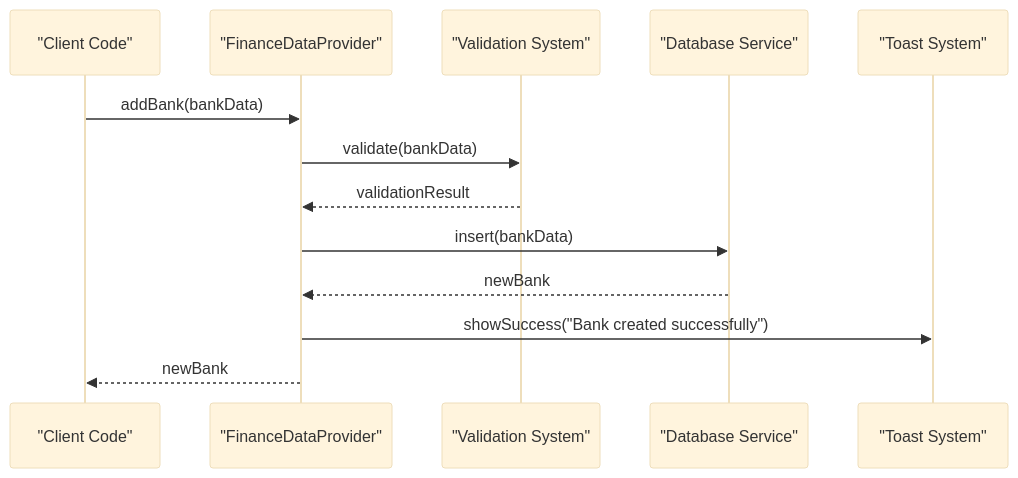
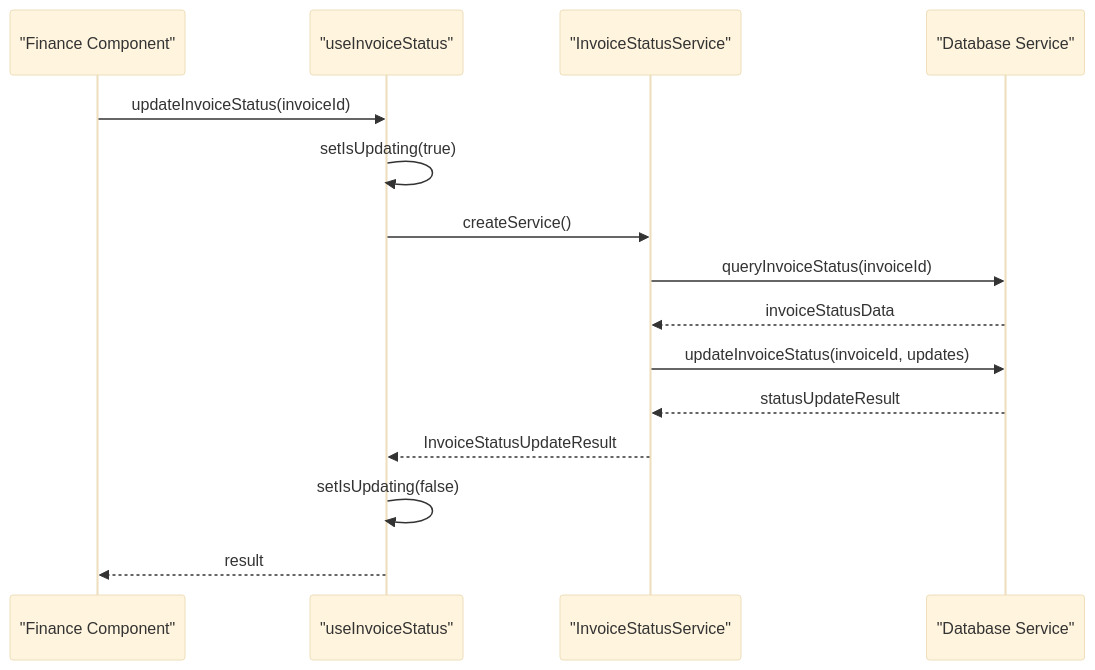
Before and after one commit to geniusdynamics/schoolpilot: the seventh of 12 diagrams in .qoder/repowiki/en/content/Modules System/Finance Module.md, drawn with Mermaid (base theme). The commit also changed other lines of this file and 21 other files, not shown here.

````diff
--- a/.qoder/repowiki/en/content/Modules System/Finance Module.md
+++ b/.qoder/repowiki/en/content/Modules System/Finance Module.md
@@ -251,15 +283,17 @@
 ```mermaid
 sequenceDiagram
-participant Client as "Client Code"
-participant Provider as "FinanceDataProvider"
-participant Validator as "Validation System"
+participant Component as "Finance Component"
+participant UIS as "useInvoiceStatus"
+participant Service as "InvoiceStatusService"
 participant DB as "Database Service"
-participant Toast as "Toast System"
-Client->>Provider : addBank(bankData)
-Provider->>Validator : validate(bankData)
-Validator-->>Provider : validationResult
-Provider->>DB : insert(bankData)
-DB-->>Provider : newBank
-Provider->>Toast : showSuccess("Bank created successfully")
-Provider-->>Client : newBank
+Component->>UIS : updateInvoiceStatus(invoiceId)
+UIS->>UIS : setIsUpdating(true)
+UIS->>Service : createService()
+Service->>DB : queryInvoiceStatus(invoiceId)
+DB-->>Service : invoiceStatusData
+Service->>DB : updateInvoiceStatus(invoiceId, updates)
+DB-->>Service : statusUpdateResult
+Service-->>UIS : InvoiceStatusUpdateResult
+UIS->>UIS : setIsUpdating(false)
+UIS-->>Component : result
 ```
````
